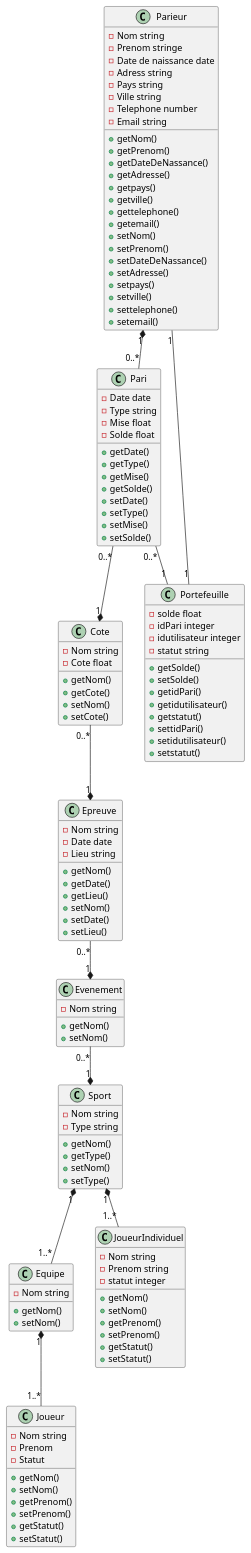
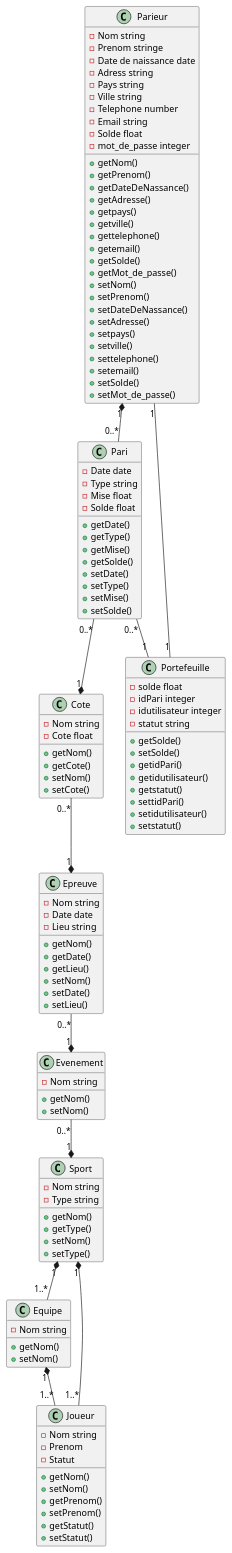
One commit to OFP-CDA-Mulhouse-2020/parisportif4 changed the diagram in pariSportif.puml. Above: the diagram before and after it, drawn with PlantUML.

```diff
--- a/pariSportif.puml
+++ b/pariSportif.puml
@@ -1,157 +1,151 @@
 @startuml
 class Parieur
 class Pari
 class Cote
 class Epreuve
 class Evenement
 class Sport
 
 Parieur "1" *-- "0..*" Pari
 Parieur "1" -- "1" Portefeuille
 Pari "0..*" -- "1" Portefeuille
 Pari "0..*" --* "1" Cote
 Cote "0..*" --* "1" Epreuve
 Epreuve "0..*" --* "1" Evenement
 Evenement "0..*" --* "1" Sport
 Sport "1"*--"1..*" Equipe
-Sport "1" *--"1..*" JoueurIndividuel
+Sport "1" *--"1..*" Joueur
 Equipe "1" *-- "1..*" Joueur
 
 class Parieur {
     - Nom string
     - Prenom stringe
     - Date de naissance date
     - Adress string
     - Pays string
     - Ville string
     - Telephone number
     - Email string
+    - Solde float
+    - mot_de_passe integer
 
     + getNom()
     + getPrenom()
     + getDateDeNassance()
     + getAdresse()
     + getpays()
     + getville()
     + gettelephone()
     + getemail()
+    + getSolde()
+    + getMot_de_passe()
     + setNom()
     + setPrenom()
     + setDateDeNassance()
     + setAdresse()
     + setpays()
     + setville()
     + settelephone()
     + setemail()
+    + setSolde()
+    + setMot_de_passe()
 
 }
 
 class Pari {
     - Date date
     - Type string
     - Mise float
     - Solde float
 
     + getDate()
     + getType()
     + getMise()
     + getSolde()
     + setDate()
     + setType()
     + setMise()
     + setSolde()
 }
 class Portefeuille {
     - solde float
     - idPari integer
     - idutilisateur integer
     - statut string
-    
+
     + getSolde()
     + setSolde()
     + getidPari()
     + getidutilisateur()
     + getstatut()
     + settidPari()
     + setidutilisateur()
     + setstatut()
 
 }
 
 class Cote {
     - Nom string
     - Cote float
 
     + getNom()
     + getCote()
     + setNom()
     + setCote()
 }
 
 class Epreuve {
     - Nom string
     - Date date
     - Lieu string
 
     + getNom()
     + getDate()
     + getLieu()
     + setNom()
     + setDate()
     + setLieu()
 
 
 }
 
 class Evenement {
     - Nom string
 
     +getNom()
     +setNom()
 }
 
 class Sport {
     - Nom string
     - Type string
 
     + getNom()
     + getType()
     + setNom()
     + setType()
 
 }
 class Equipe {
     - Nom string
 
     + getNom()
     + setNom()
 }
 class Joueur {
     - Nom string
     - Prenom
     - Statut
 
     + getNom()
     + setNom()
     + getPrenom()
     + setPrenom()
     + getStatut()
     + setStatut()
 
 }
-class JoueurIndividuel {
-    - Nom string
-    - Prenom string
-    - statut integer
 
-    + getNom()
-    + setNom()
-    + getPrenom()
-    + setPrenom()
-    + getStatut()
-    + setStatut()
-
-}
 
 
 @enduml
```
